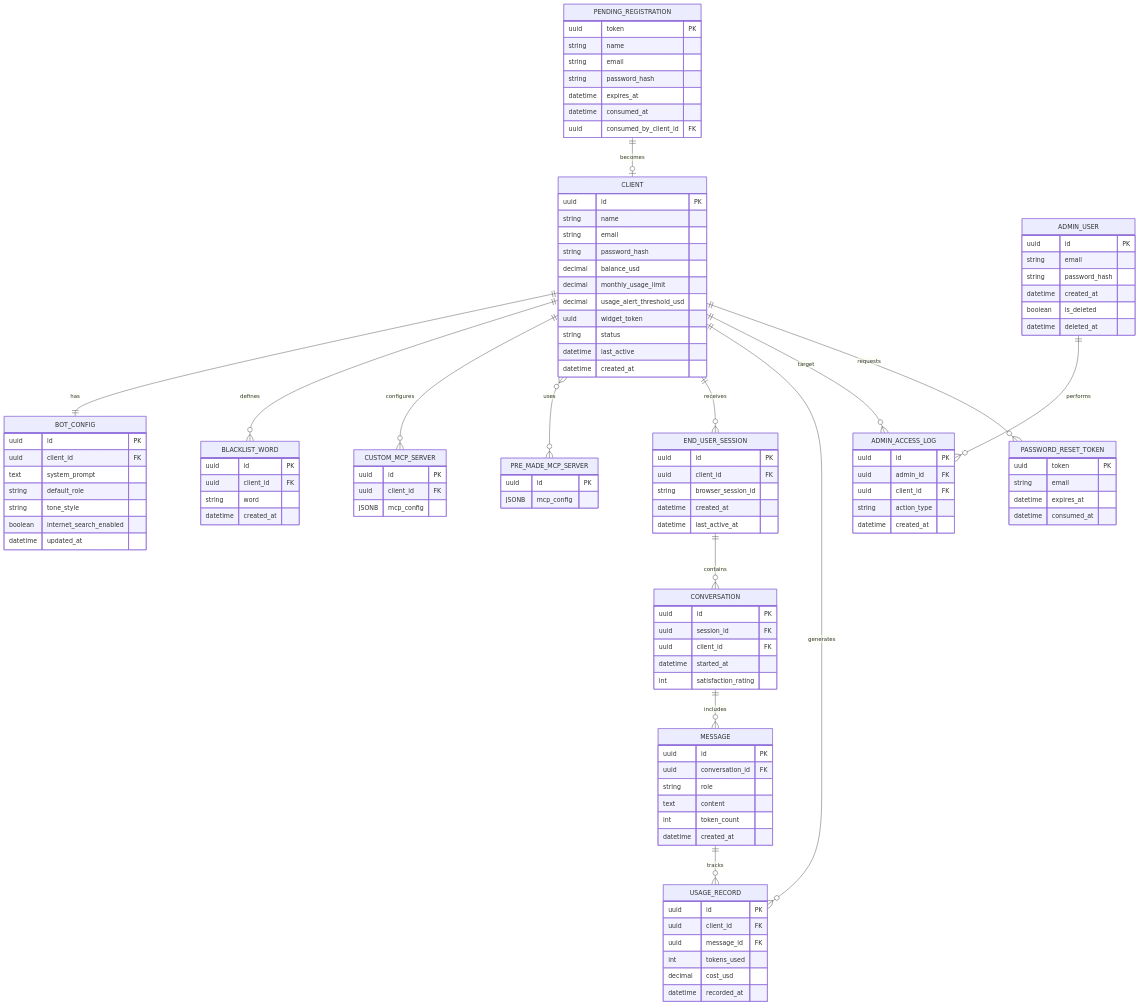
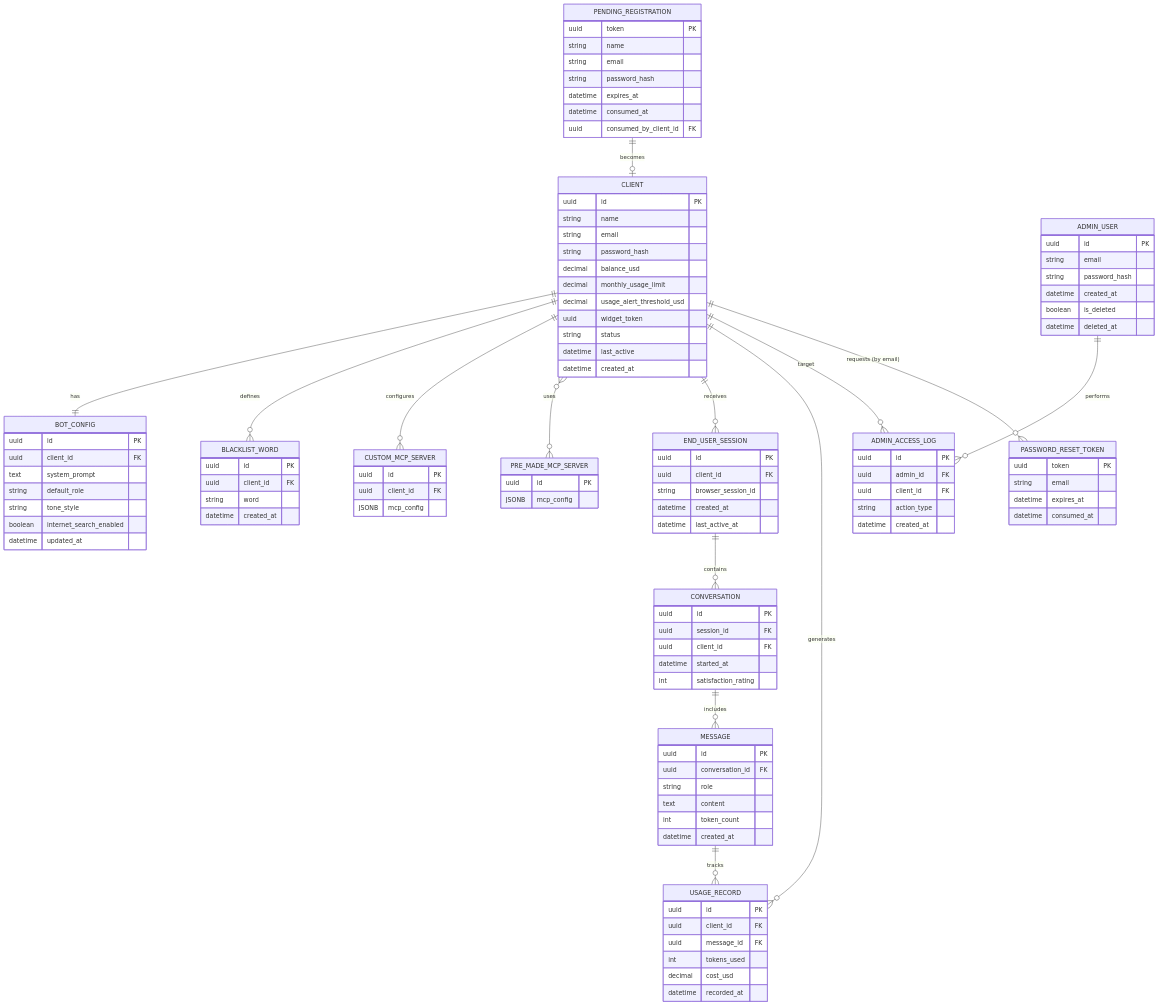
One commit to Talqo/talqo-platform changed the diagram in docs/architecture/ERD/main-mermaid.md. Above: the diagram before and after it, drawn with Mermaid. The commit also changed 6 other files, not shown here.

Commit message:
feat(auth): add error UI and accessibility improvements for password reset

````diff
--- a/docs/architecture/ERD/main-mermaid.md
+++ b/docs/architecture/ERD/main-mermaid.md
@@ -125,6 +125,6 @@
     ADMIN_USER ||--o{ ADMIN_ACCESS_LOG : performs
     CLIENT ||--o{ ADMIN_ACCESS_LOG : target
     PENDING_REGISTRATION ||--o| CLIENT : becomes
-    CLIENT ||--o{ PASSWORD_RESET_TOKEN : "requests"
+    CLIENT ||--o{ PASSWORD_RESET_TOKEN : "requests (by email)"
 
 ```
````
